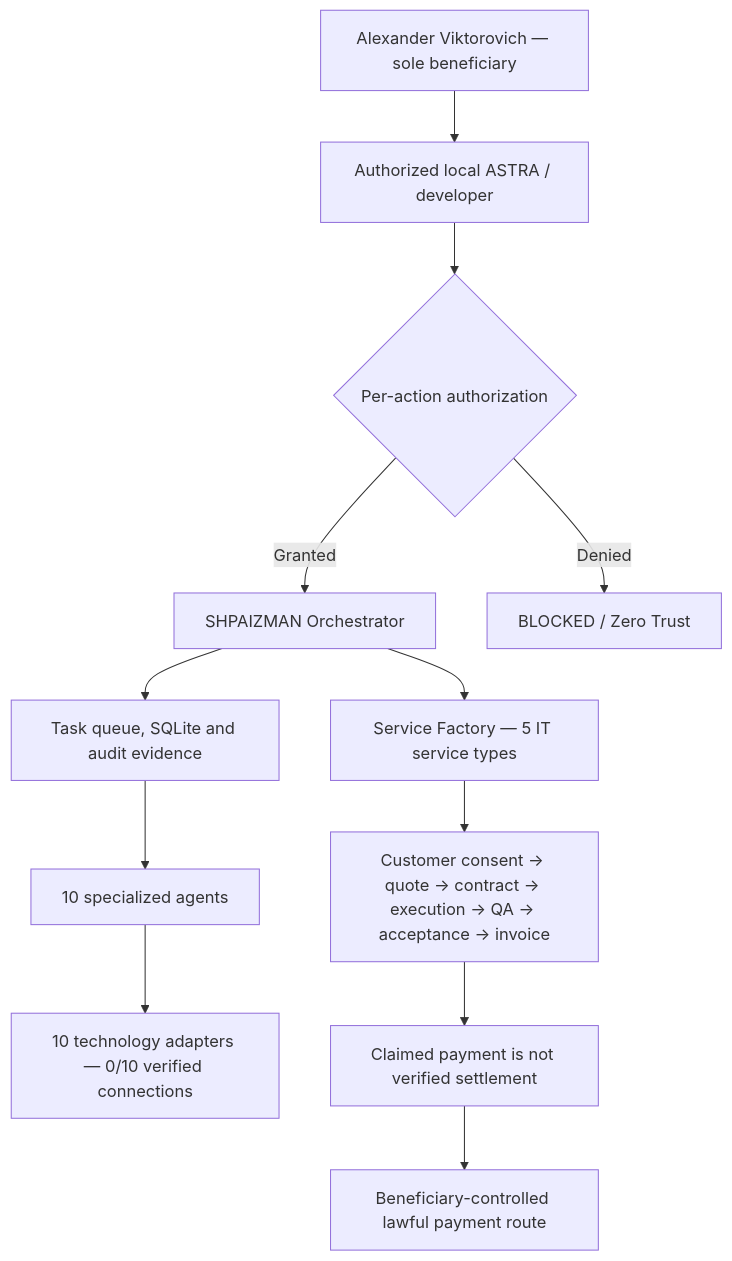
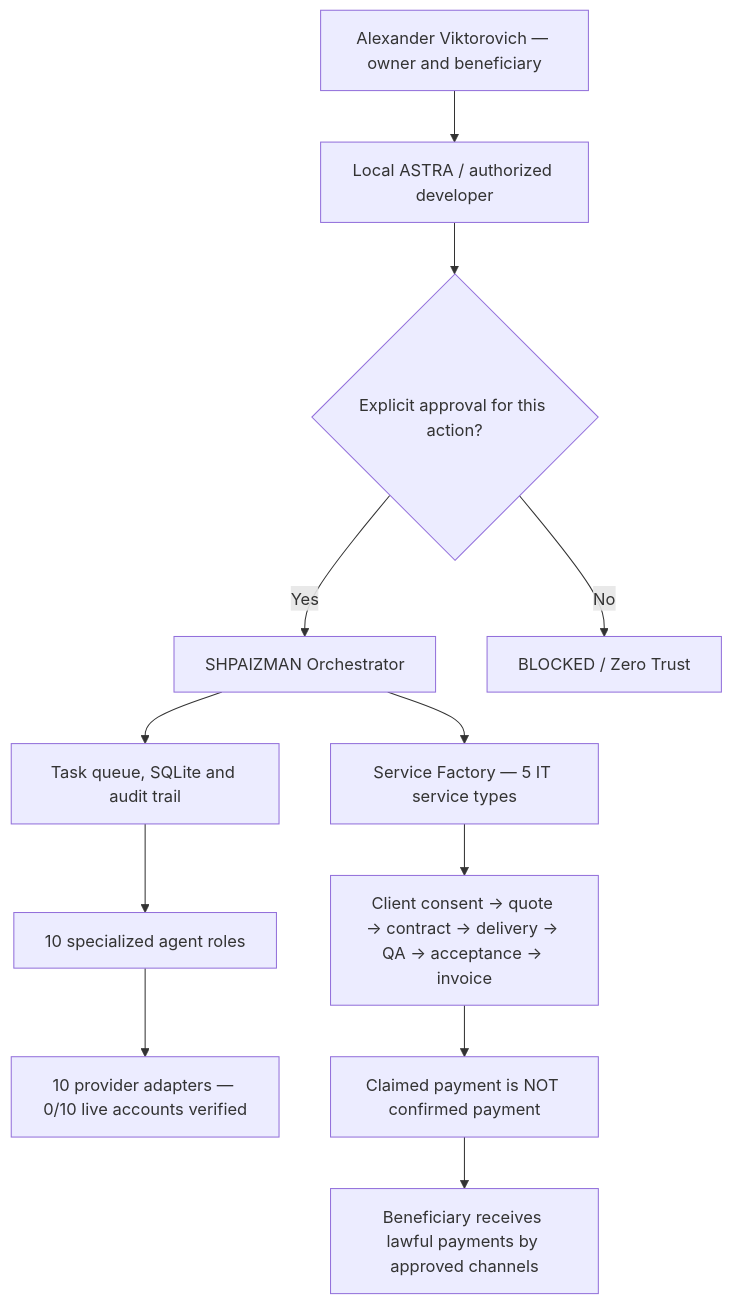
One commit to oromaskevic23-cmd/SHPAIZMAN-ORCHESTRATOR changed the diagram in docs/PRESENTATION_RU.md. Above: the diagram before and after it, drawn with Mermaid. The commit also changed other lines of this file, not shown here.

Commit message:
docs(shpaizman): translate Windows release and acceptance documentation to English

````diff
--- a/docs/PRESENTATION_RU.md
+++ b/docs/PRESENTATION_RU.md
@@ -13,14 +11,14 @@
 ```mermaid
 flowchart TD
-    B["Alexander Viktorovich — sole beneficiary"] --> A["Authorized local ASTRA / developer"]
-    A --> P{"Per-action authorization"}
-    P -->|Granted| O["SHPAIZMAN Orchestrator"]
-    P -->|Denied| X["BLOCKED / Zero Trust"]
-    O --> Q["Task queue, SQLite and audit evidence"]
-    Q --> G["10 specialized agents"]
-    G --> S["10 technology adapters — 0/10 verified connections"]
+    B["Alexander Viktorovich — owner and beneficiary"] --> A["Local ASTRA / authorized developer"]
+    A --> P{"Explicit approval for this action?"}
+    P -->|Yes| O["SHPAIZMAN Orchestrator"]
+    P -->|No| X["BLOCKED / Zero Trust"]
+    O --> Q["Task queue, SQLite and audit trail"]
+    Q --> G["10 specialized agent roles"]
+    G --> S["10 provider adapters — 0/10 live accounts verified"]
     O --> F["Service Factory — 5 IT service types"]
-    F --> K["Customer consent → quote → contract → execution → QA → acceptance → invoice"]
-    K --> L["Claimed payment is not verified settlement"]
-    L --> M["Beneficiary-controlled lawful payment route"]
+    F --> K["Client consent → quote → contract → delivery → QA → acceptance → invoice"]
+    K --> L["Claimed payment is NOT confirmed payment"]
+    L --> M["Beneficiary receives lawful payments by approved channels"]
 ```
````
